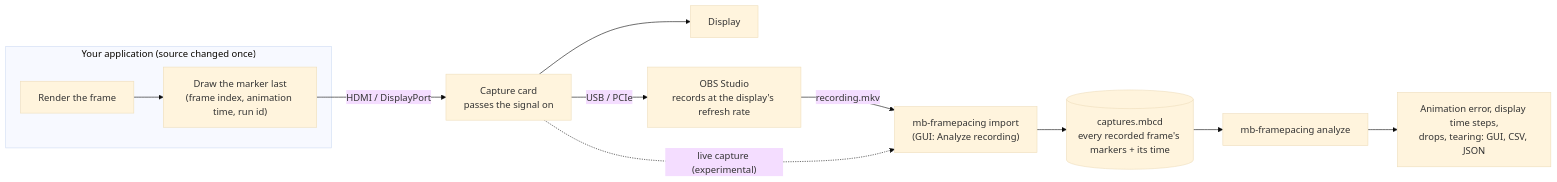
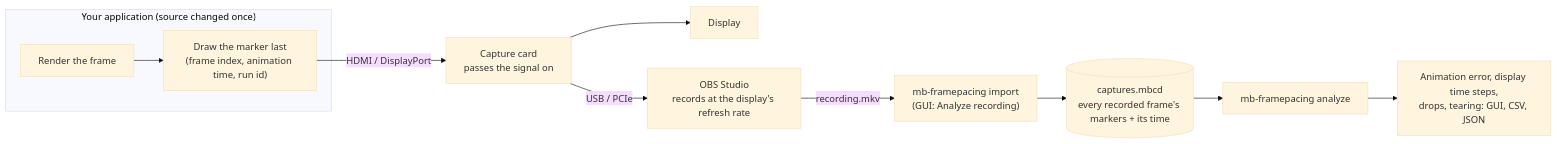
One commit to Unarmed1000/mb-framepacing changed the first of 4 diagrams in README.md. Above: the diagram before and after it, drawn with Mermaid (base theme). The commit also changed other lines of this file and 1 other file, not shown here.

First line of the commit message:
README: experimental features appear only in one section that names them and links their guides

````diff
--- a/README.md
+++ b/README.md
@@ -46,14 +46,13 @@
 ```mermaid
 flowchart LR
     subgraph app["Your application (source changed once)"]
         A[Render the frame] --> B["Draw the marker last<br/>(frame index, animation time, run id)"]
     end
     B -->|HDMI / DisplayPort| D["Capture card<br/>passes the signal on"]
     D --> C[Display]
     D -->|USB / PCIe| O["OBS Studio<br/>records at the display's refresh rate"]
     O -->|recording.mkv| E["mb-framepacing import<br/>(GUI: Analyze recording)"]
-    D -.->|"live capture (experimental)"| E
     E --> F[("captures.mbcd<br/>every recorded frame's markers + its time")]
     F --> G["mb-framepacing analyze"]
     G --> H["Animation error, display time steps,<br/>drops, tearing: GUI, CSV, JSON"]
 ```
````
